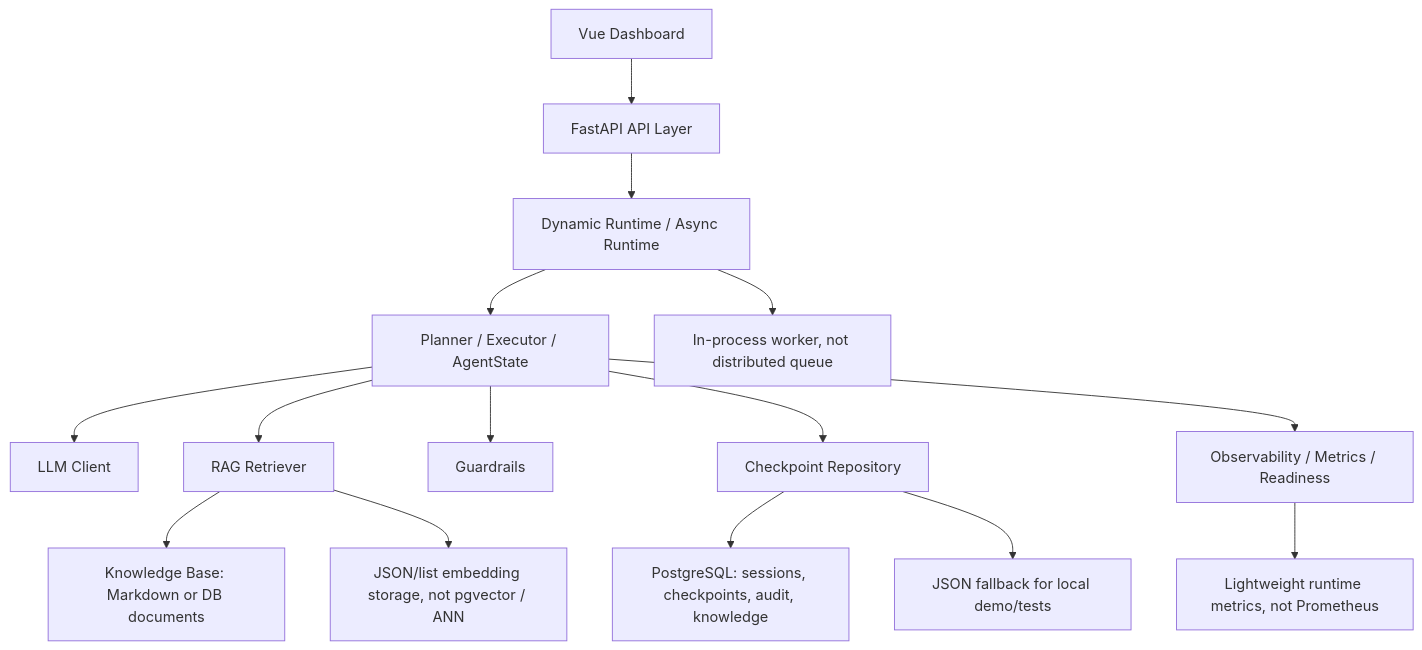
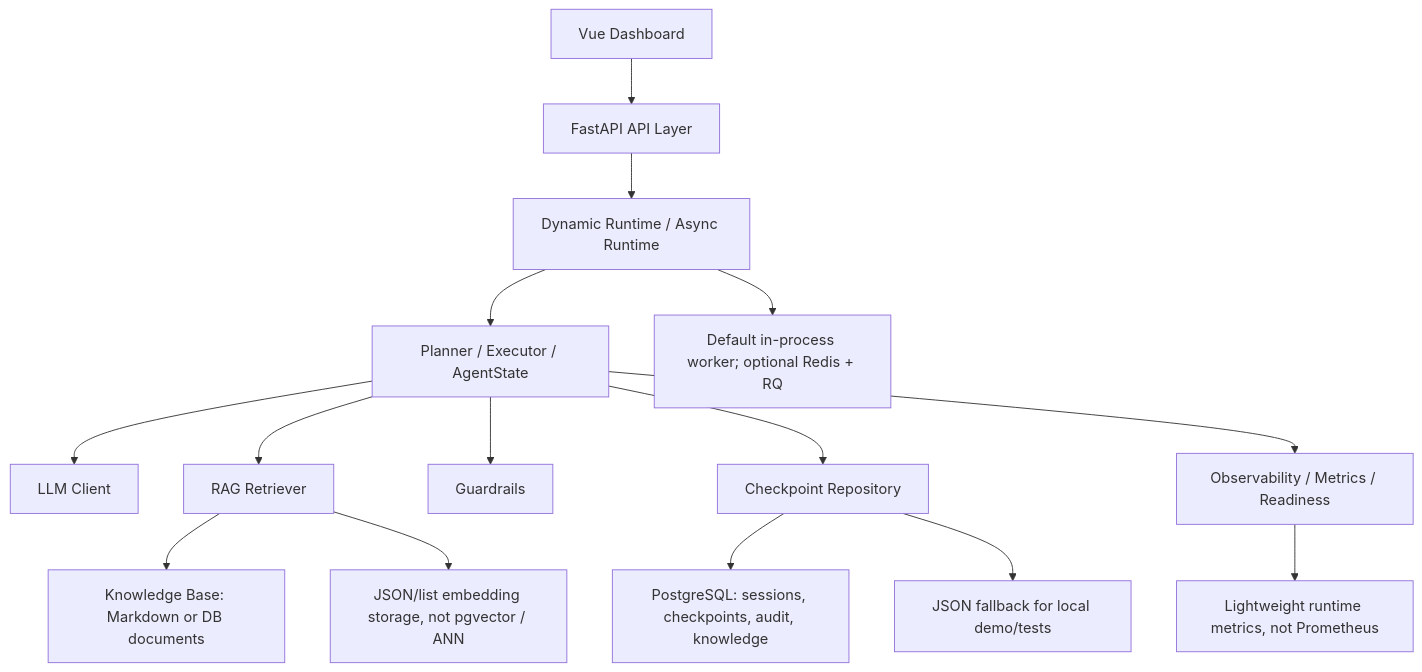
One commit to Zzzzzzzuj/CrisisAgent changed the second of 2 diagrams in README.md. Above: the diagram before and after it, drawn with Mermaid. The commit also changed other lines of this file and 13 other files, not shown here.

````diff
--- a/README.md
+++ b/README.md
@@ -59,17 +59,17 @@
 ```mermaid
 flowchart TD
     A["Vue Dashboard"] --> B["FastAPI API Layer"]
     B --> C["Dynamic Runtime / Async Runtime"]
     C --> D["Planner / Executor / AgentState"]
     D --> E["LLM Client"]
     D --> F["RAG Retriever"]
     D --> G["Guardrails"]
     D --> H["Checkpoint Repository"]
     H --> I["PostgreSQL: sessions, checkpoints, audit, knowledge"]
     H --> J["JSON fallback for local demo/tests"]
     F --> K["Knowledge Base: Markdown or DB documents"]
     D --> L["Observability / Metrics / Readiness"]
     L --> M["Lightweight runtime metrics, not Prometheus"]
-    C --> N["In-process worker, not distributed queue"]
+    C --> N["Default in-process worker; optional Redis + RQ"]
     F --> O["JSON/list embedding storage, not pgvector / ANN"]
 ```
````
